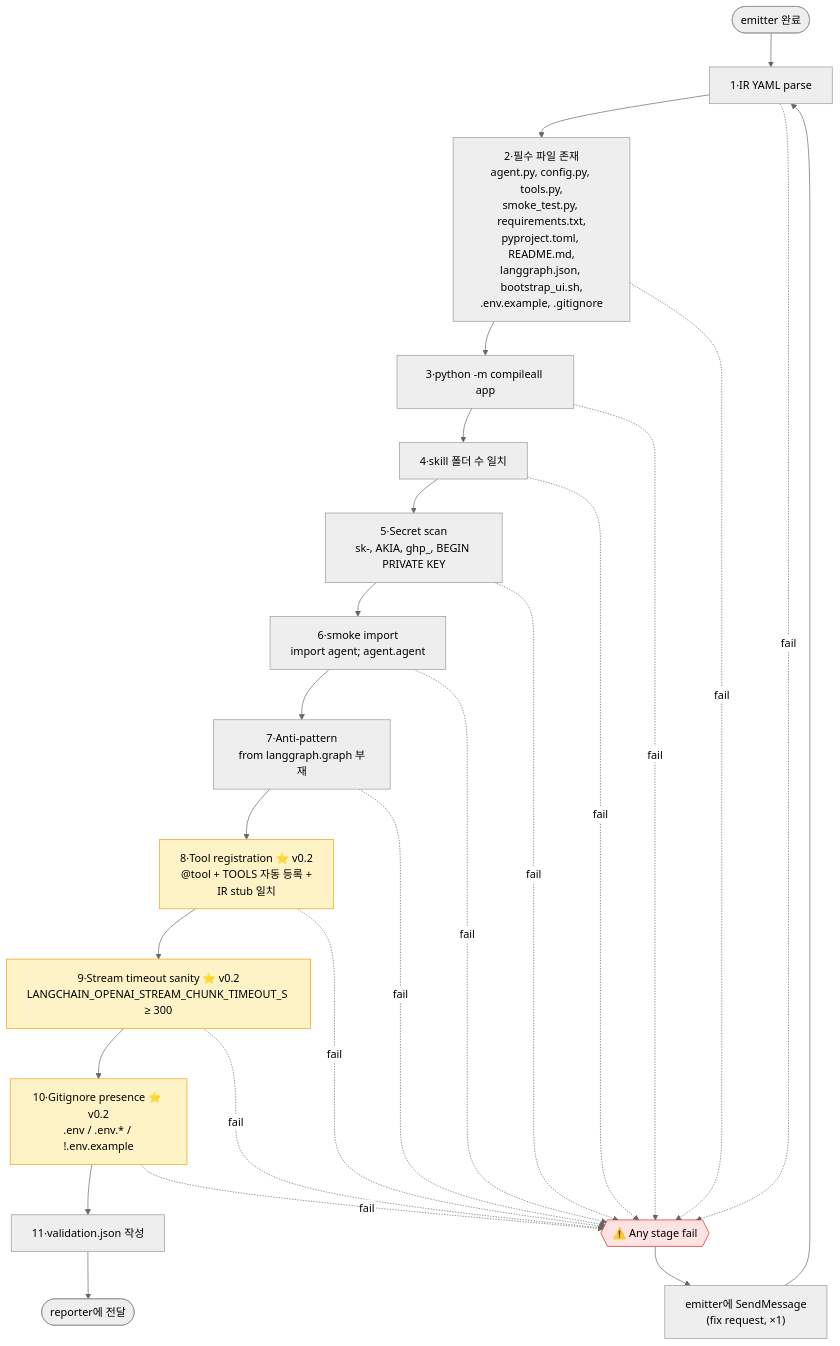
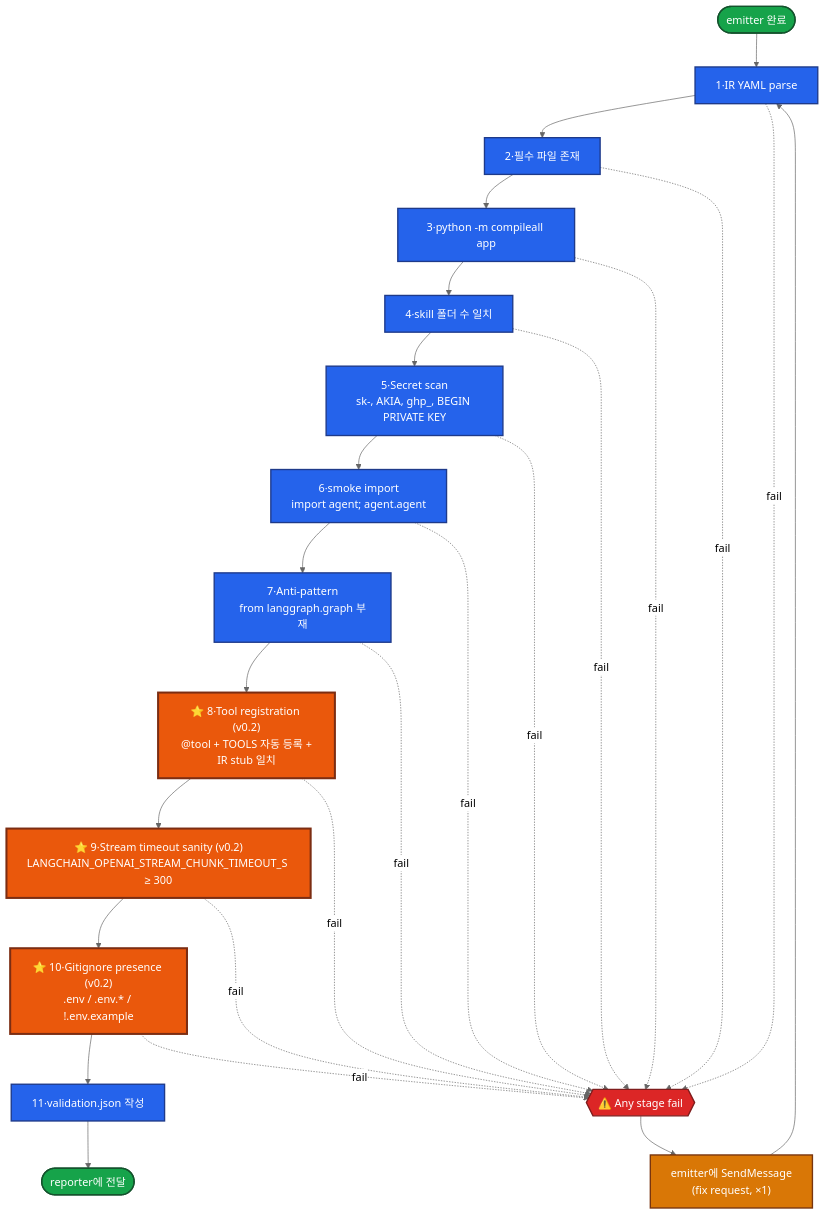
Before and after one commit to tykimos/harness2deepagents: the seventh of 10 diagrams in .claude/skills/harness2deepagents/README.md, drawn with Mermaid (neutral theme). The commit also changed other lines of this file and 1 other file, not shown here.

First line of the commit message:
fix(readme): theme-safe mermaid styling for dark + light modes

````diff
--- a/.claude/skills/harness2deepagents/README.md
+++ b/.claude/skills/harness2deepagents/README.md
@@ -301,28 +307,29 @@
 ```mermaid
 flowchart TB
-    Start([emitter 완료])
-    S1["1·IR YAML parse"]
-    S2["2·필수 파일 존재<br/>agent.py, config.py, tools.py,<br/>smoke_test.py, requirements.txt,<br/>pyproject.toml, README.md,<br/>langgraph.json, bootstrap_ui.sh,<br/>.env.example, .gitignore"]
-    S3["3·python -m compileall app"]
-    S4["4·skill 폴더 수 일치"]
-    S5["5·Secret scan<br/>sk-, AKIA, ghp_, BEGIN PRIVATE KEY"]
-    S6["6·smoke import<br/>import agent; agent.agent"]
-    S7["7·Anti-pattern<br/>from langgraph.graph 부재"]
-    S8["8·Tool registration ⭐ v0.2<br/>@tool + TOOLS 자동 등록 +<br/>IR stub 일치"]
-    S9["9·Stream timeout sanity ⭐ v0.2<br/>LANGCHAIN_OPENAI_STREAM_CHUNK_TIMEOUT_S ≥ 300"]
-    S10["10·Gitignore presence ⭐ v0.2<br/>.env / .env.* / !.env.example"]
-    S11["11·validation.json 작성"]
+    classDef stage fill:#2563eb,color:#fff,stroke:#1e3a8a,stroke-width:2px
+    classDef new fill:#ea580c,color:#fff,stroke:#7c2d12,stroke-width:3px
+    classDef done fill:#16a34a,color:#fff,stroke:#14532d,stroke-width:2px
+    classDef fail fill:#dc2626,color:#fff,stroke:#7f1d1d,stroke-width:2px
+    classDef loop fill:#d97706,color:#fff,stroke:#78350f,stroke-width:2px
 
-    Done([reporter에 전달])
-    Fail{{"⚠️ Any stage fail"}}
-    FixLoop["emitter에 SendMessage<br/>(fix request, ×1)"]
+    Start([emitter 완료]):::done
+    S1["1·IR YAML parse"]:::stage
+    S2["2·필수 파일 존재"]:::stage
+    S3["3·python -m compileall app"]:::stage
+    S4["4·skill 폴더 수 일치"]:::stage
+    S5["5·Secret scan<br/>sk-, AKIA, ghp_, BEGIN PRIVATE KEY"]:::stage
+    S6["6·smoke import<br/>import agent; agent.agent"]:::stage
+    S7["7·Anti-pattern<br/>from langgraph.graph 부재"]:::stage
+    S8["⭐ 8·Tool registration (v0.2)<br/>@tool + TOOLS 자동 등록 +<br/>IR stub 일치"]:::new
+    S9["⭐ 9·Stream timeout sanity (v0.2)<br/>LANGCHAIN_OPENAI_STREAM_CHUNK_TIMEOUT_S ≥ 300"]:::new
+    S10["⭐ 10·Gitignore presence (v0.2)<br/>.env / .env.* / !.env.example"]:::new
+    S11["11·validation.json 작성"]:::stage
+
+    Done([reporter에 전달]):::done
+    Fail{{"⚠️ Any stage fail"}}:::fail
+    FixLoop["emitter에 SendMessage<br/>(fix request, ×1)"]:::loop
 
     Start --> S1 --> S2 --> S3 --> S4 --> S5 --> S6 --> S7 --> S8 --> S9 --> S10 --> S11 --> Done
     S1 & S2 & S3 & S4 & S5 & S6 & S7 & S8 & S9 & S10 -.->|fail| Fail
     Fail --> FixLoop --> S1
-
-    style S8 fill:#fef3c7,stroke:#f59e0b
-    style S9 fill:#fef3c7,stroke:#f59e0b
-    style S10 fill:#fef3c7,stroke:#f59e0b
-    style Fail fill:#fee2e2,stroke:#dc2626
 ```
````
